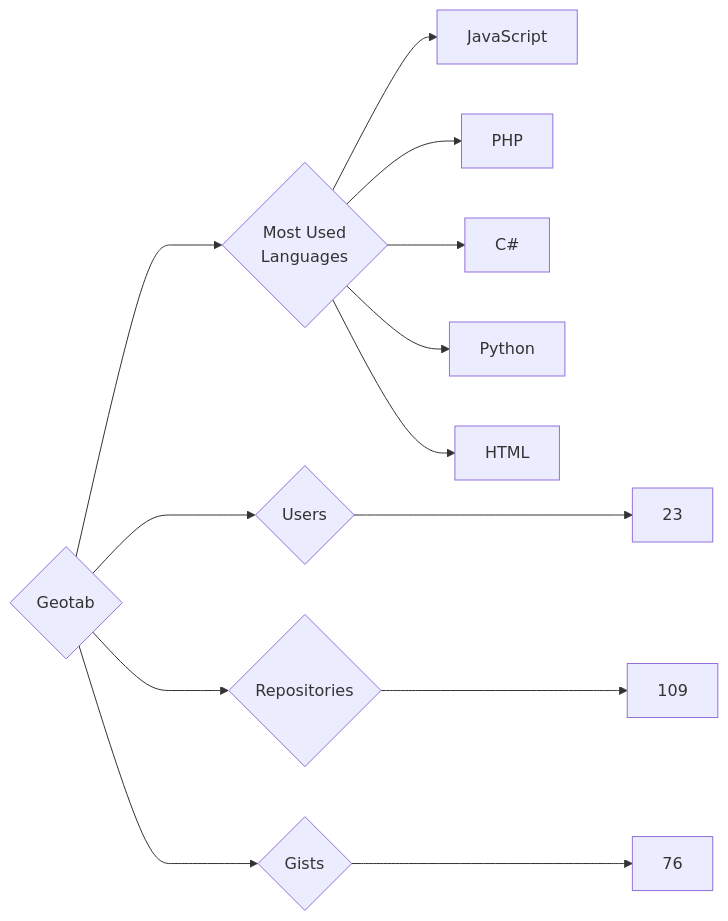
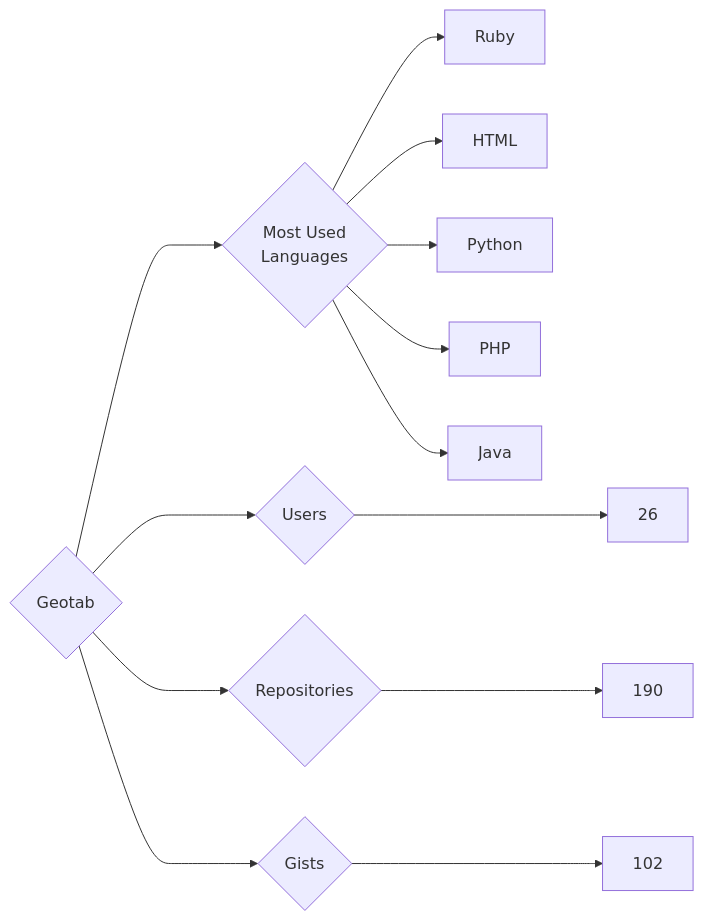
Before and after one commit to trickest/insiders: the diagram in targets/Geotab/README.md, drawn with Mermaid. The commit also changed 772 other files, not shown here.

````diff
--- a/targets/Geotab/README.md
+++ b/targets/Geotab/README.md
@@ -3,13 +3,13 @@
 ```mermaid
 graph LR
 COMPANY_NAME{Geotab}
-COMPANY_NAME ---> U{Users} ---> UN[23]
-COMPANY_NAME ---> R{Repositories} ---> RN[109]
-COMPANY_NAME ---> G{Gists} ---> GN[76]
+COMPANY_NAME ---> U{Users} ---> UN[26]
+COMPANY_NAME ---> R{Repositories} ---> RN[190]
+COMPANY_NAME ---> G{Gists} ---> GN[102]
 COMPANY_NAME ---> ML{Most Used<br>Languages}
-ML --> JavaScript[JavaScript]
+ML --> Ruby[Ruby]
+ML --> HTML[HTML]
+ML --> Python[Python]
 ML --> PHP[PHP]
-ML --> C#[C#]
-ML --> Python[Python]
-ML --> HTML[HTML]
+ML --> Java[Java]
 ```
````
